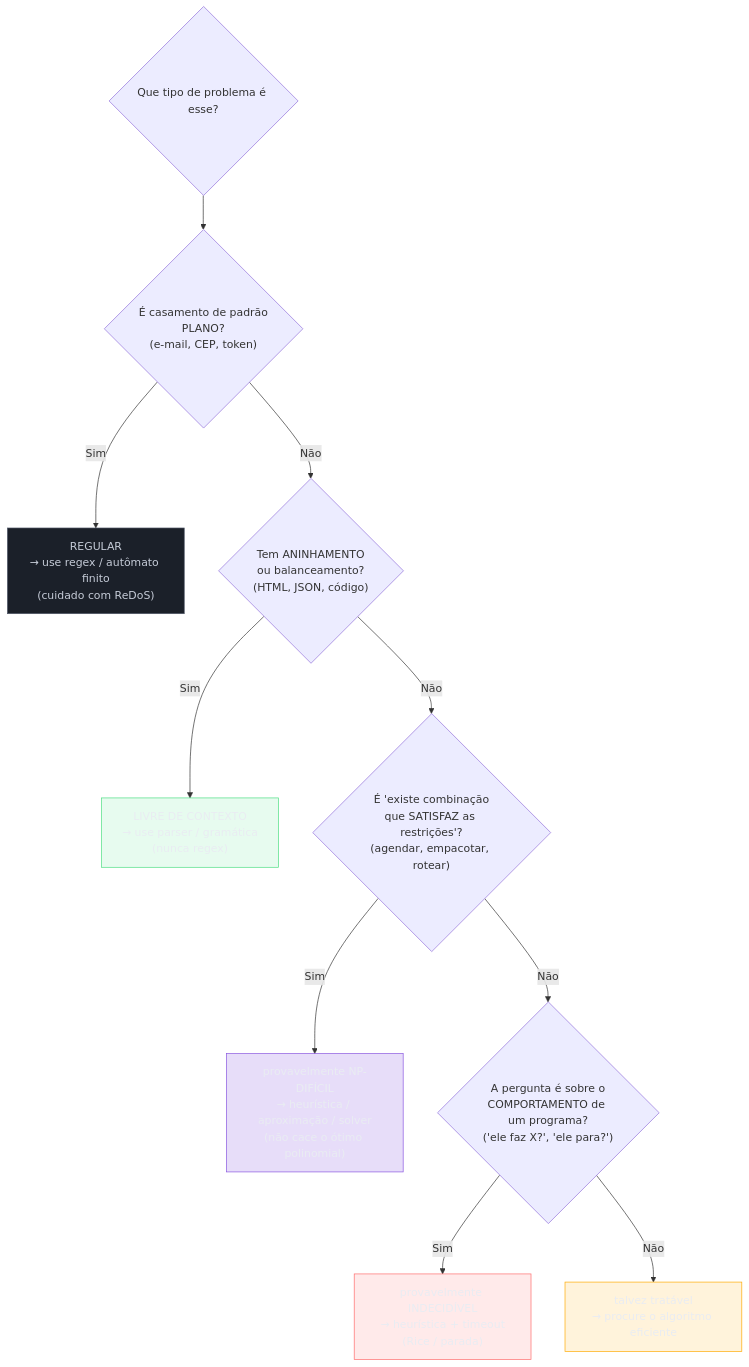
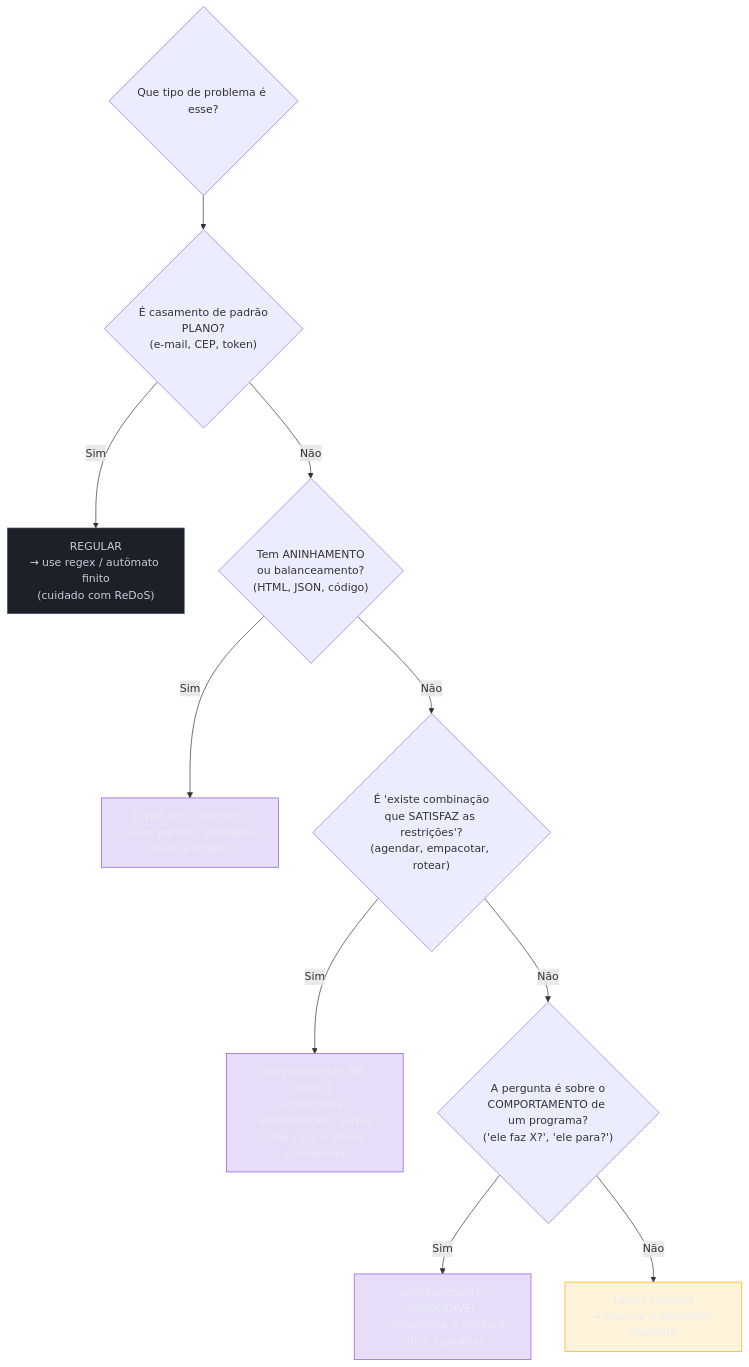
The second of 2 diagrams in 03-Dominios/Ciência/Teoria da Computação/17 - A teoria da computação na vida do dev.md (josenaldo/codex-technomanticus), drawn with Mermaid before and after one commit. The commit also changed other lines of this file and 601 other files, not shown here.

````diff
--- a/03-Dominios/Ciência/Teoria da Computação/17 - A teoria da computação na vida do dev.md
+++ b/03-Dominios/Ciência/Teoria da Computação/17 - A teoria da computação na vida do dev.md
@@ -132,24 +130,22 @@
 ```mermaid
 flowchart TD
     classDef neutro fill:#1B2029,stroke:#4E5666,color:#C6CCD8
-    classDef ok fill:#4ADE8021,stroke:#4ADE80,color:#E9ECF2
     classDef marca fill:#8855DF33,stroke:#8855DF,color:#E9ECF2
-    classDef falha fill:#FF6B6B24,stroke:#FF6B6B,color:#E9ECF2
     classDef destaque fill:#FFAA0024,stroke:#FFAA00,color:#E9ECF2
     Start{"Que tipo de problema é esse?"}
     Start --> Q1{"É casamento de padrão<br/>PLANO?<br/>(e-mail, CEP, token)"}
     Q1 -->|Sim| R1["REGULAR<br/>→ use regex / autômato finito<br/>(cuidado com ReDoS)"]
     Q1 -->|Não| Q2{"Tem ANINHAMENTO<br/>ou balanceamento?<br/>(HTML, JSON, código)"}
     Q2 -->|Sim| R2["LIVRE DE CONTEXTO<br/>→ use parser / gramática<br/>(nunca regex)"]
     Q2 -->|Não| Q3{"É 'existe combinação<br/>que SATISFAZ as restrições'?<br/>(agendar, empacotar, rotear)"}
     Q3 -->|Sim| R3["provavelmente NP-DIFÍCIL<br/>→ heurística / aproximação / solver<br/>(não cace o ótimo polinomial)"]
     Q3 -->|Não| Q4{"A pergunta é sobre o<br/>COMPORTAMENTO de um programa?<br/>('ele faz X?', 'ele para?')"}
     Q4 -->|Sim| R4["provavelmente INDECIDÍVEL<br/>→ heurística + timeout<br/>(Rice / parada)"]
     Q4 -->|Não| R5["talvez tratável<br/>→ procure o algoritmo eficiente"]
 
     class R1 neutro
-    class R2 ok
+    class R2 marca
     class R3 marca
-    class R4 falha
+    class R4 marca
     class R5 destaque
 ```
````
